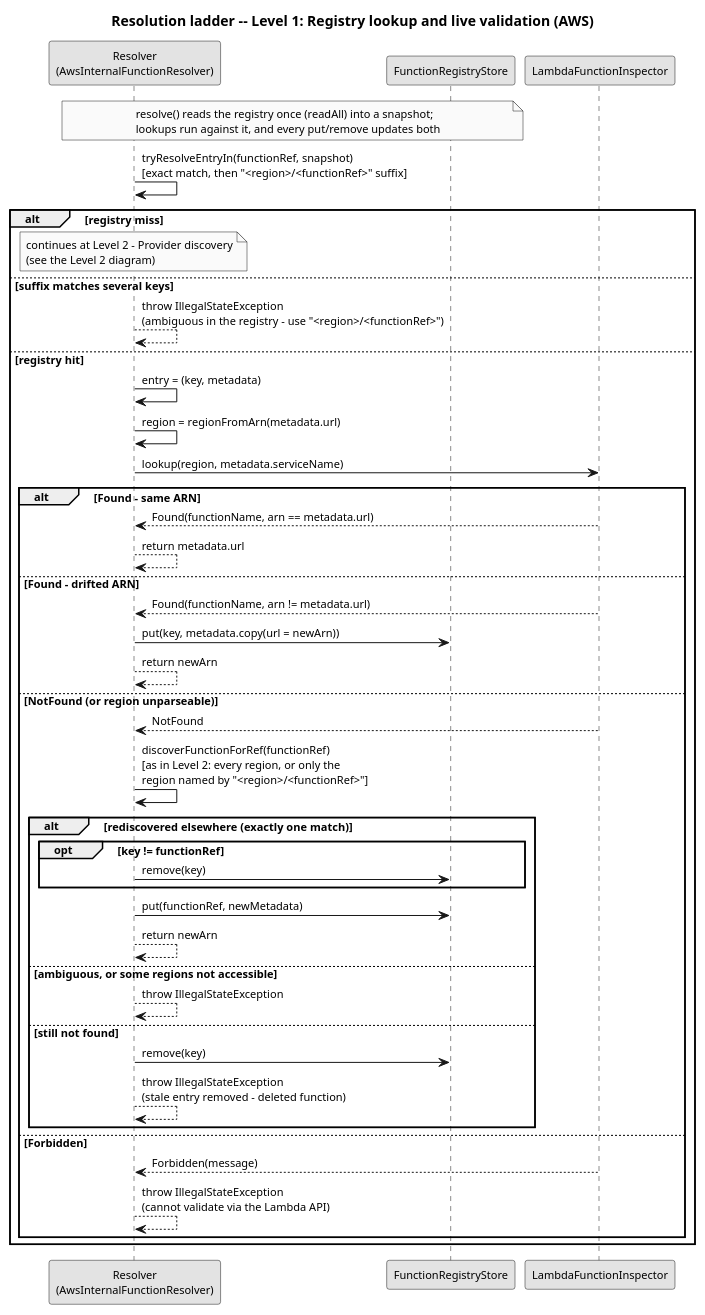
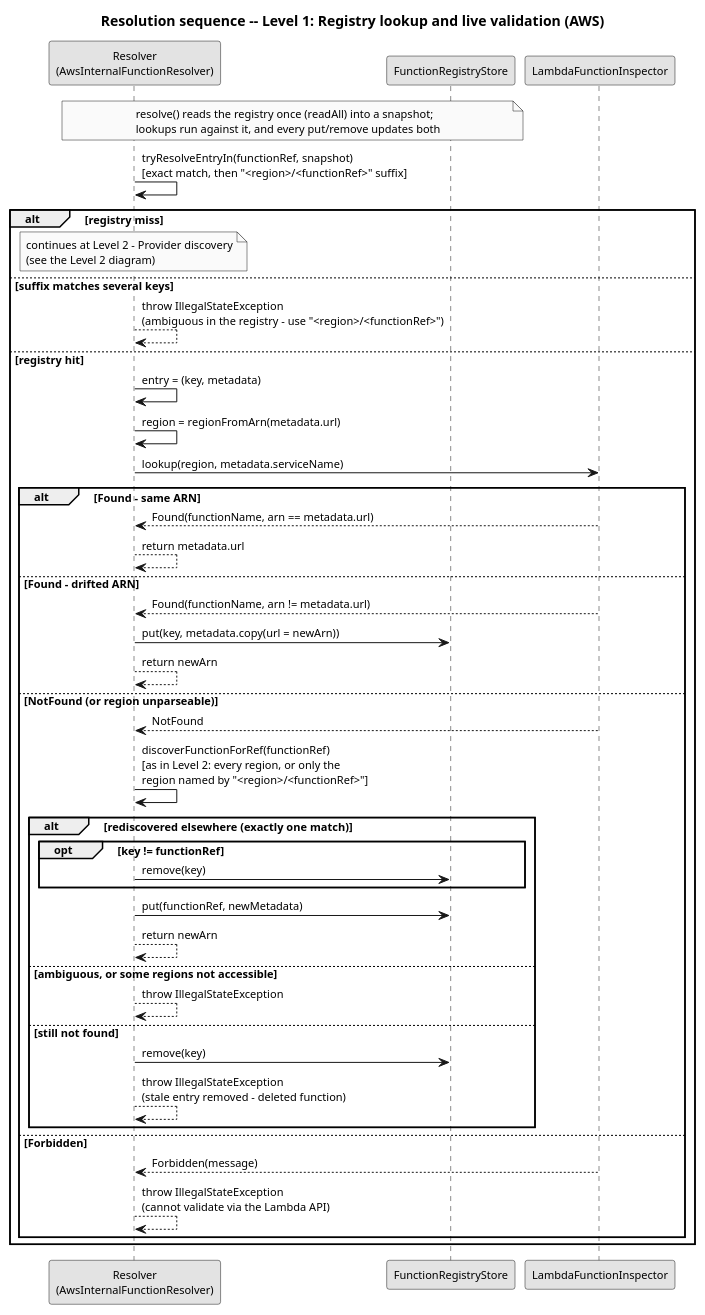
One commit to EngenheiroPedroCarvalho/ISEL-Thesis-2526 changed the diagram in diagrams/resolution-cascade-level1-aws.puml. Above: the diagram before and after it, drawn with PlantUML. The commit also changed 34 other files, not shown here.

```diff
--- a/diagrams/resolution-cascade-level1-aws.puml
+++ b/diagrams/resolution-cascade-level1-aws.puml
@@ -1,55 +1,55 @@
 @startuml resolution-cascade-level1-aws
 skinparam monochrome true
 skinparam shadowing false
 skinparam defaultFontSize 11
-title Resolution ladder -- Level 1: Registry lookup and live validation (AWS)
+title Resolution sequence -- Level 1: Registry lookup and live validation (AWS)
 
 participant "Resolver\n(AwsInternalFunctionResolver)" as R
 participant "FunctionRegistryStore" as REG
 participant "LambdaFunctionInspector" as AI
 
 note over R, REG
   resolve() reads the registry once (readAll) into a snapshot;
   lookups run against it, and every put/remove updates both
 end note
 R -> R : tryResolveEntryIn(functionRef, snapshot)\n[exact match, then "<region>/<functionRef>" suffix]
 alt registry miss
   note over R
     continues at Level 2 - Provider discovery
     (see the Level 2 diagram)
   end note
 else suffix matches several keys
   R --> R : throw IllegalStateException\n(ambiguous in the registry - use "<region>/<functionRef>")
 else registry hit
   R -> R : entry = (key, metadata)
   R -> R : region = regionFromArn(metadata.url)
 
   R -> AI : lookup(region, metadata.serviceName)
   alt Found - same ARN
     AI --> R : Found(functionName, arn == metadata.url)
     R --> R : return metadata.url
   else Found - drifted ARN
     AI --> R : Found(functionName, arn != metadata.url)
     R -> REG : put(key, metadata.copy(url = newArn))
     R --> R : return newArn
   else NotFound (or region unparseable)
     AI --> R : NotFound
     R -> R : discoverFunctionForRef(functionRef)\n[as in Level 2: every region, or only the\nregion named by "<region>/<functionRef>"]
     alt rediscovered elsewhere (exactly one match)
       opt key != functionRef
         R -> REG : remove(key)
       end
       R -> REG : put(functionRef, newMetadata)
       R --> R : return newArn
     else ambiguous, or some regions not accessible
       R --> R : throw IllegalStateException
     else still not found
       R -> REG : remove(key)
       R --> R : throw IllegalStateException\n(stale entry removed - deleted function)
     end
   else Forbidden
     AI --> R : Forbidden(message)
     R --> R : throw IllegalStateException\n(cannot validate via the Lambda API)
   end
 end
 @enduml
```
